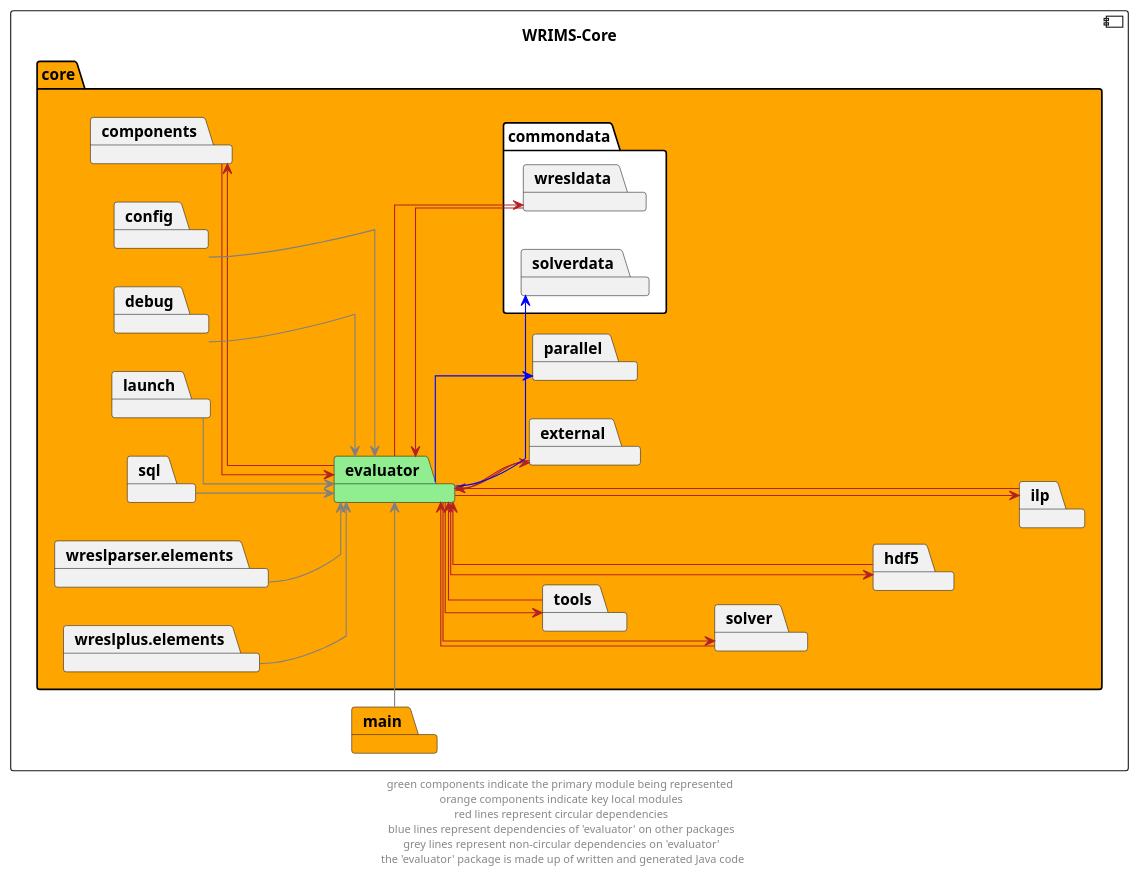
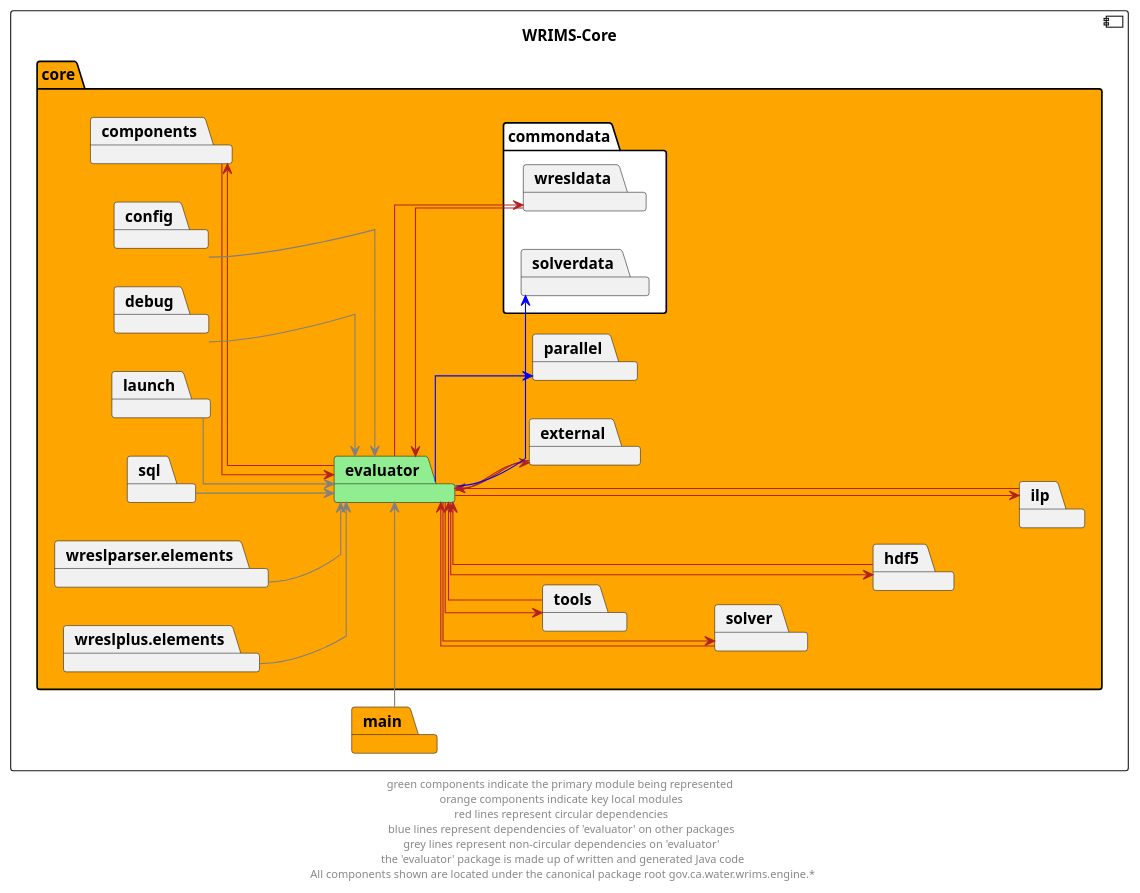
The diagram in docs/diagrams/wrims-core/wrims-core_evaluator.puml (CentralValleyModeling/wrims-engine), drawn with PlantUML before and after one commit. The commit also changed 34 other files, not shown here.

Commit message:
Added missing canonical tld path references to diagrams

```diff
--- a/docs/diagrams/wrims-core/wrims-core_evaluator.puml
+++ b/docs/diagrams/wrims-core/wrims-core_evaluator.puml
@@ -1,64 +1,64 @@
 @startuml
 left to right direction
 skinparam linetype ortho
 
 component wrims_core as "WRIMS-Core"{
     package core  #orange {
         package evaluator #lightgreen
         package commondata #white {
                 package wresldata
                 package solverdata
 
         }
         package components
         package config
         package debug
         package external
         package launch
         package parallel
         package hdf5
         package ilp
         package solver
         package sql
         package tools
         package wreslparser.elements
         package wreslplus.elements
 
     }
 package main #orange
 }
 
 evaluator --> components #firebrick
 components -r-> evaluator #firebrick
 evaluator --> hdf5 #firebrick
 hdf5 --> evaluator  #firebrick
 evaluator --> ilp #firebrick
 ilp --> evaluator  #firebrick
 evaluator --> solver #firebrick
 solver -left-> evaluator  #firebrick
 evaluator --> tools #firebrick
 tools --> evaluator  #firebrick
 evaluator --> wresldata #firebrick
 wresldata --> evaluator  #firebrick
 external --> evaluator #firebrick
 evaluator --> external  #firebrick
 
 evaluator --> parallel #blue
 evaluator --> solverdata #blue
 
 config --> evaluator  #grey
 wreslparser.elements --> evaluator #grey
 wreslplus.elements --> evaluator #grey
 debug --> evaluator  #grey
 launch --> evaluator  #grey
 sql --> evaluator  #grey
 main -l-> evaluator  #grey
 
 ' The following relationships are hidden and used to format the diagram. They do not represent actual dependencies.
 components -up[hidden]-> ilp
 ilp -up[hidden]-> hdf5
 hdf5 -up[hidden]-> solver
 solver -up[hidden]-> tools
 
-footer "green components indicate the primary module being represented \n orange components indicate key local modules \n red lines represent circular dependencies \n blue lines represent dependencies of 'evaluator' on other packages \n grey lines represent non-circular dependencies on 'evaluator' \n the 'evaluator' package is made up of written and generated Java code"
+footer "green components indicate the primary module being represented \n orange components indicate key local modules \n red lines represent circular dependencies \n blue lines represent dependencies of 'evaluator' on other packages \n grey lines represent non-circular dependencies on 'evaluator' \n the 'evaluator' package is made up of written and generated Java code\n All components shown are located under the canonical package root gov.ca.water.wrims.engine.*"
 @enduml
```
